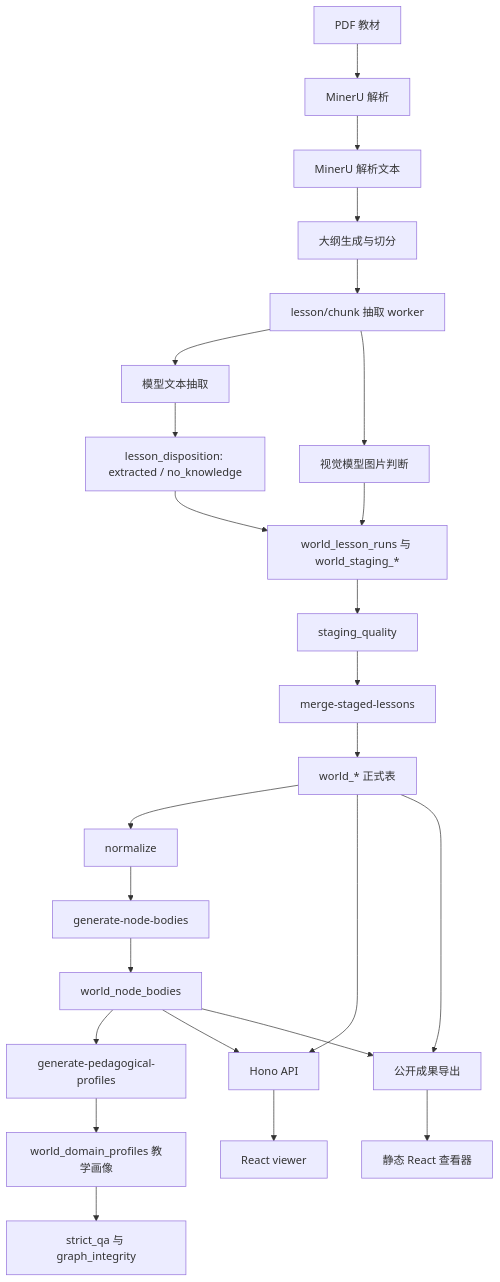
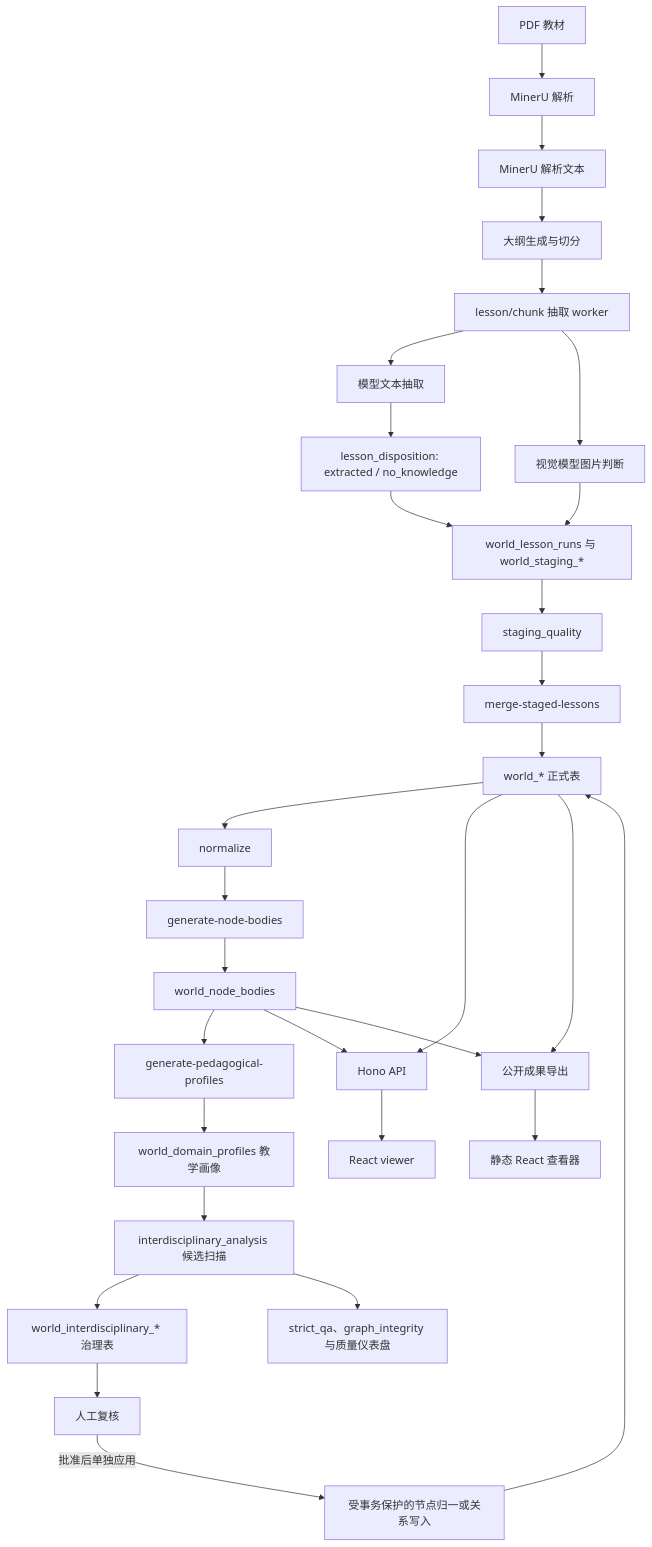
Before and after one commit to Titan-Frank/InnoKnowledge: the diagram in docs/current-system-architecture.md, drawn with Mermaid. The commit also changed other lines of this file and 51 other files, not shown here.

````diff
--- a/docs/current-system-architecture.md
+++ b/docs/current-system-architecture.md
@@ -24,27 +24,32 @@
 ```mermaid
 flowchart TD
   A["PDF 教材"] --> B["MinerU 解析"]
   B --> C
   C["MinerU 解析文本"] --> D["大纲生成与切分"]
   D --> E["lesson/chunk 抽取 worker"]
   E --> F["模型文本抽取"]
   E --> G["视觉模型图片判断"]
   F --> R["lesson_disposition: extracted / no_knowledge"]
   R --> H["world_lesson_runs 与 world_staging_*"]
   G --> H
   H --> I["staging_quality"]
   I --> J["merge-staged-lessons"]
   J --> K["world_* 正式表"]
   K --> L["normalize"]
   L --> N["generate-node-bodies"]
   N --> O["world_node_bodies"]
   O --> S["generate-pedagogical-profiles"]
   S --> T["world_domain_profiles 教学画像"]
-  T --> M["strict_qa 与 graph_integrity"]
+  T --> W["interdisciplinary_analysis 候选扫描"]
+  W --> X["world_interdisciplinary_* 治理表"]
+  X --> Y["人工复核"]
+  Y -->|批准后单独应用| Z["受事务保护的节点归一或关系写入"]
+  Z --> K
+  W --> M["strict_qa、graph_integrity 与质量仪表盘"]
   K --> P["Hono API"]
   O --> P
   P --> Q["React viewer"]
   K --> U["公开成果导出"]
   O --> U
   U --> V["静态 React 查看器"]
 ```
````
